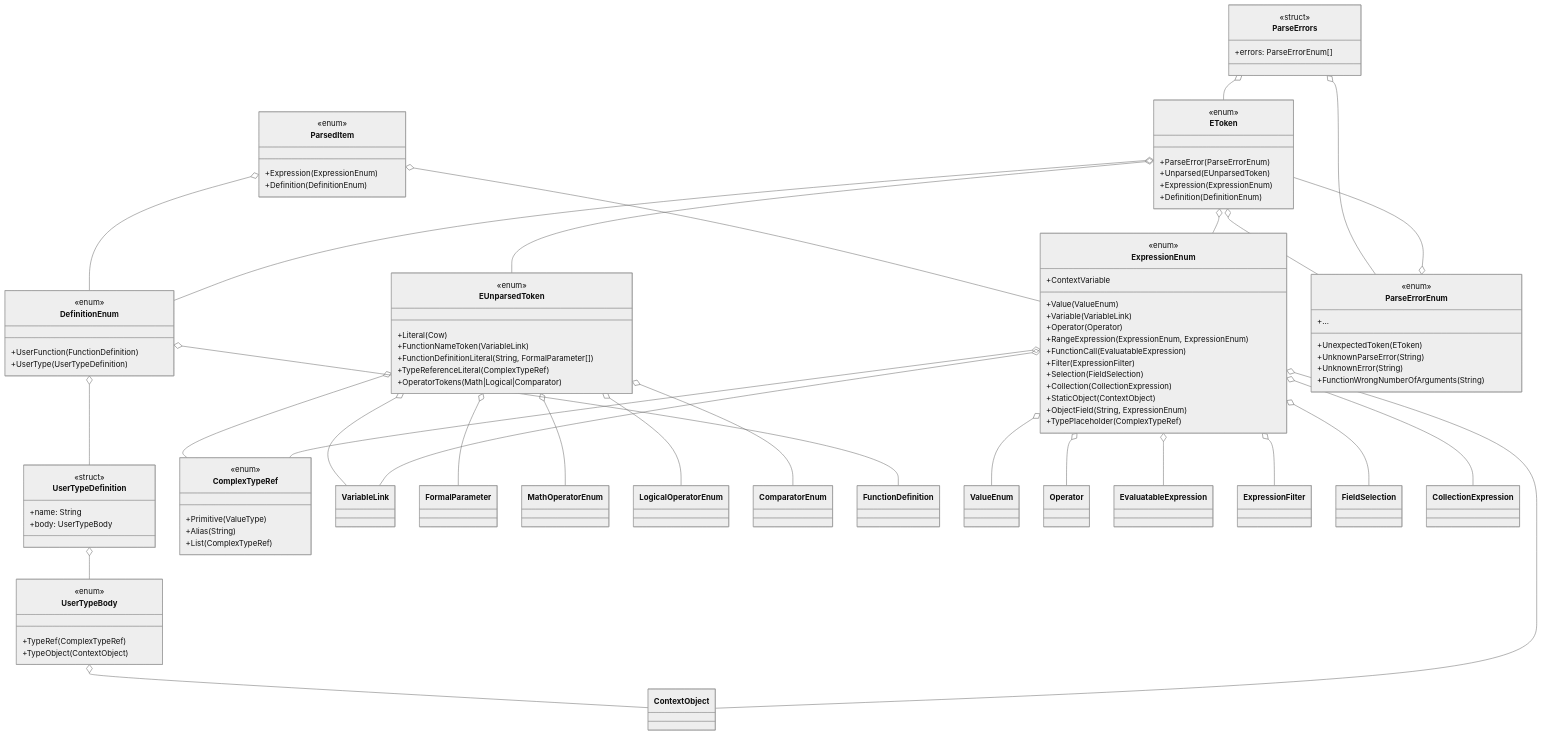
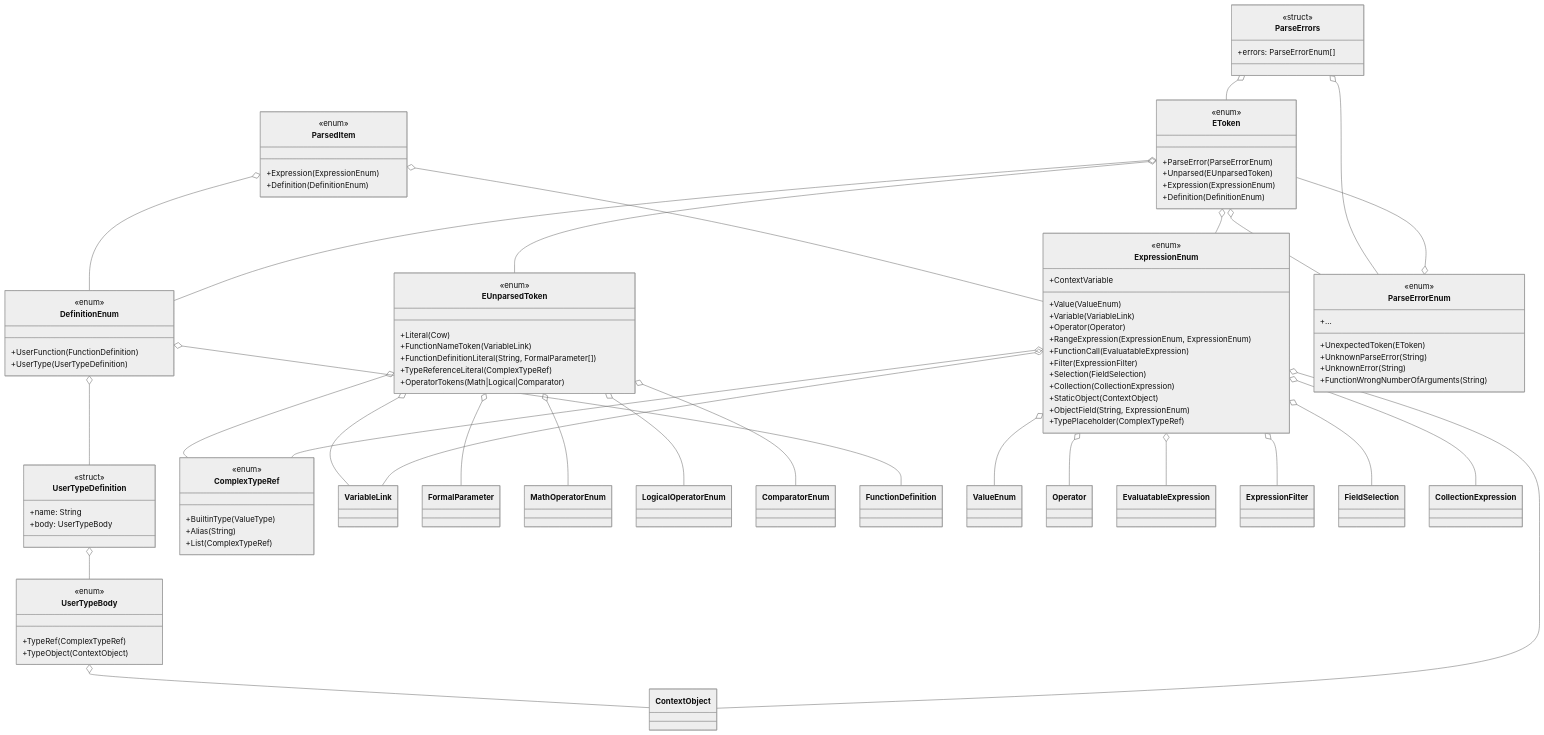
One commit to rimvydasb/edgerules changed the diagram in doc/AST_MODEL_SPEC.md. Above: the diagram before and after it, drawn with Mermaid (neutral theme). The commit also changed 14 other files, not shown here.

```diff
--- a/doc/AST_MODEL_SPEC.md
+++ b/doc/AST_MODEL_SPEC.md
@@ -78,7 +78,7 @@
 
     class ComplexTypeRef {
         <<enum>>
-        +Primitive(ValueType)
+        +BuiltinType(ValueType)
         +Alias(String)
         +List(ComplexTypeRef)
     }
```
